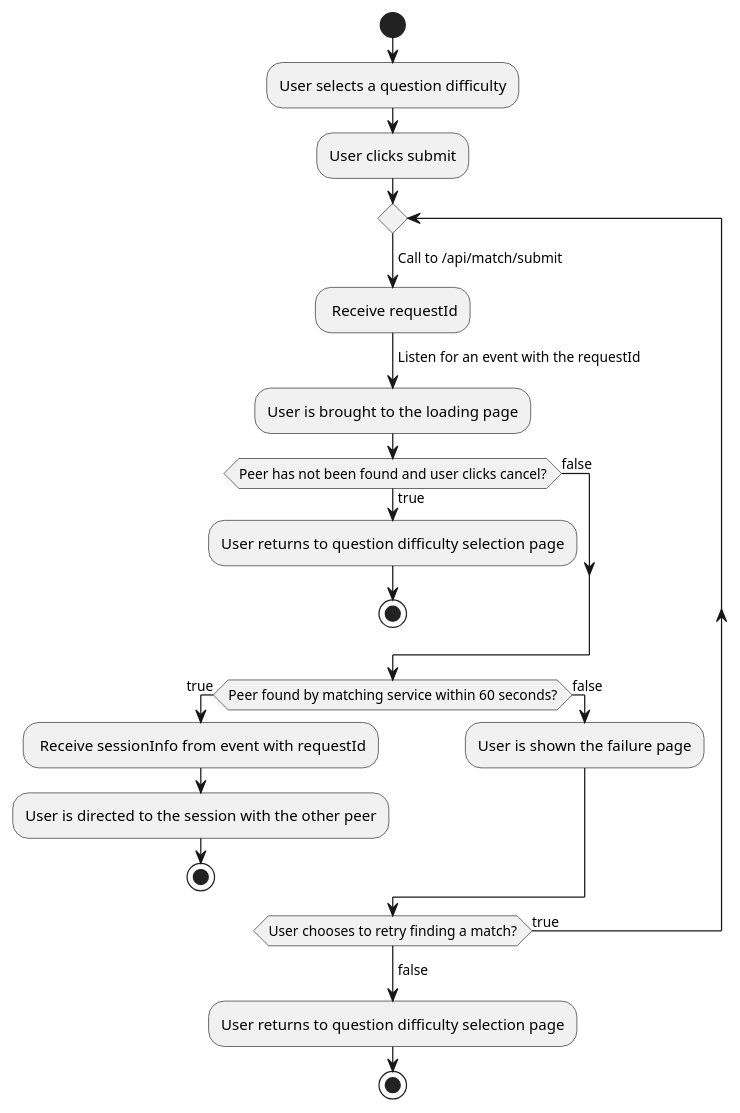
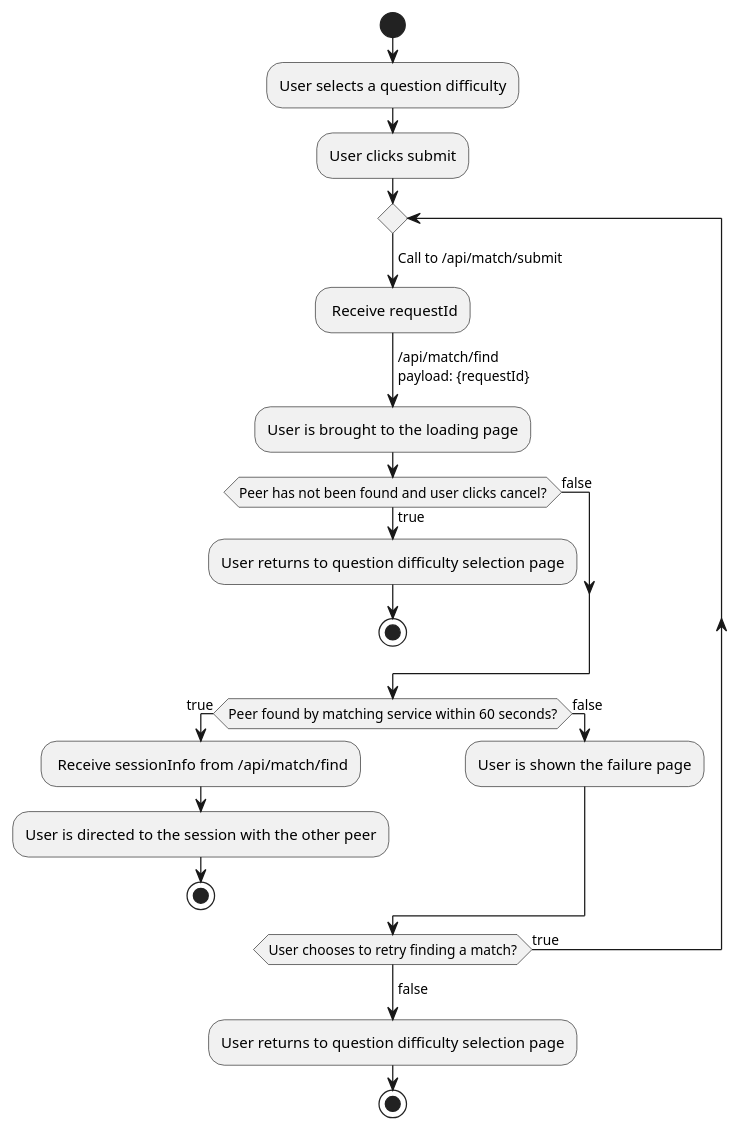
Before and after one commit to CS3219-SE-Principles-and-Patterns/cs3219-project-ay2122-2122-s1-g15: the diagram in services/matching/docs/activity_ux.puml, drawn with PlantUML. The commit also changed 3 other files, not shown here.

Commit message:
modify puml diagrams

```diff
--- a/services/matching/docs/activity_ux.puml
+++ b/services/matching/docs/activity_ux.puml
@@ -1,26 +1,26 @@
 @startuml
 start
 :User selects a question difficulty;
 :User clicks submit;
 repeat
   -> Call to /api/match/submit;
   : Receive requestId;
-  -> Listen for an event with the requestId;
+  -> /api/match/find \npayload: {requestId};
   :User is brought to the loading page;
   if (Peer has not been found and user clicks cancel?) then (true)
   :User returns to question difficulty selection page;
   stop
   else (false)
   endif
   if (Peer found by matching service within 60 seconds?) then (true)
-  : Receive sessionInfo from event with requestId;
+  : Receive sessionInfo from /api/match/find;
   :User is directed to the session with the other peer;
   stop
   else (false)
   :User is shown the failure page;
   endif
 repeat while (User chooses to retry finding a match?) is (true)
 -> false;
 :User returns to question difficulty selection page;
 stop
 @enduml
```
